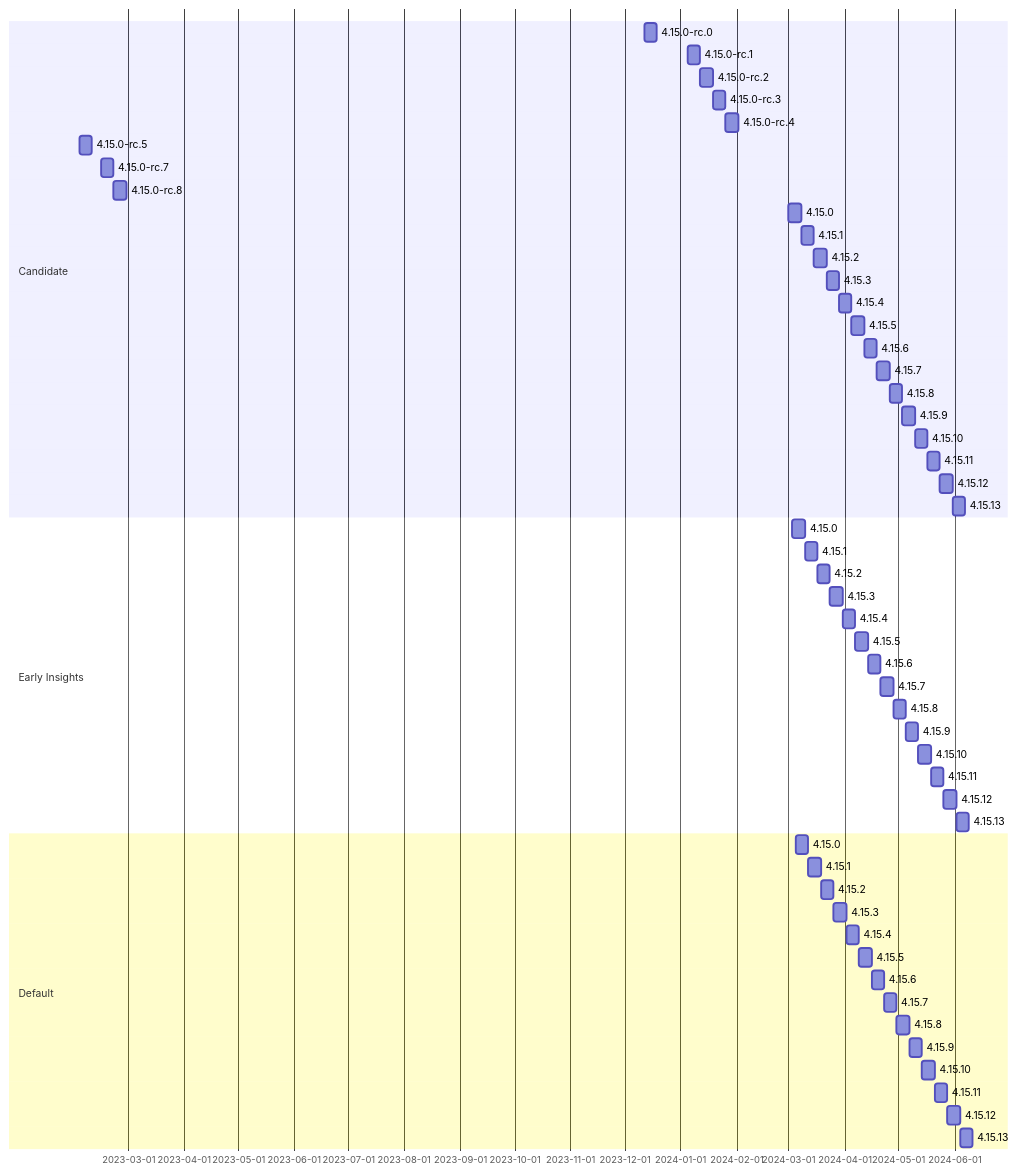
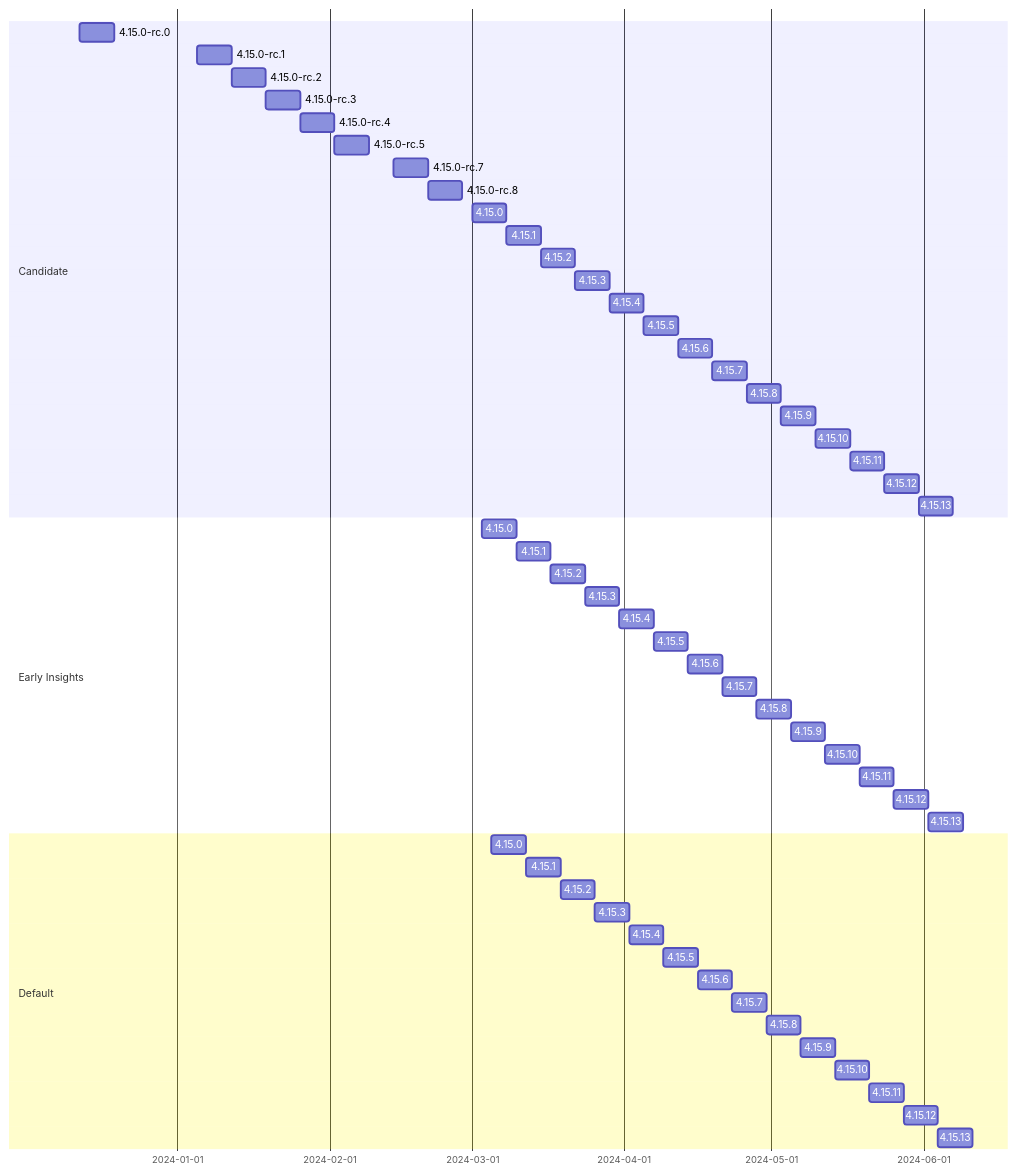
One commit to sdodson/cincinnati-graph-data changed the first of 3 diagrams in policies.md. Above: the diagram before and after it, drawn with Mermaid.

````diff
--- a/policies.md
+++ b/policies.md
@@ -6,57 +6,57 @@
 ```mermaid
 gantt
     dateFormat  YYYY-MM-DD
     section Candidate
     4.15.0-rc.0 :c415rc0, 2023-12-12, 7d
     4.15.0-rc.1 :c415rc1, 2024-01-05, 7d
     4.15.0-rc.2 :c415rc2, 2024-01-12, 7d
     4.15.0-rc.3 :c415rc3, 2024-01-19, 7d
     4.15.0-rc.4 :c415rc4, 2024-01-26, 7d
-    4.15.0-rc.5 :c415rc5, 2023-02-02, 7d
-    4.15.0-rc.7 :c415rc7, 2023-02-14, 7d
-    4.15.0-rc.8 :c415rc8, 2023-02-21, 7d
+    4.15.0-rc.5 :c415rc5, 2024-02-02, 7d
+    4.15.0-rc.7 :c415rc7, 2024-02-14, 7d
+    4.15.0-rc.8 :c415rc8, 2024-02-21, 7d
     4.15.0  :c41500, 2024-03-01,7d
     4.15.1  :c41501, after c41500, 7d
     4.15.2  :c41502, after c41501, 7d
     4.15.3  :c41503, after c41502, 7d
     4.15.4  :c41504, after c41503, 7d
     4.15.5  :c41505, after c41504, 7d
     4.15.6  :c41506, after c41505, 7d
     4.15.7  :c41507, after c41506, 7d
     4.15.8  :c41508, after c41507, 7d
     4.15.9  :c41509, after c41508, 7d
     4.15.10 :c41510, after c41509, 7d
     4.15.11 :c41511, after c41510, 7d
     4.15.12 :c41512, after c41511, 7d
     4.15.13 :c41513, after c41512, 7d
     section Early Insights
     4.15.0  :ea41500, 2024-03-03,7d
     4.15.1  :ea41501, after ea41500, 7d
     4.15.2  :ea41502, after ea41501, 7d
     4.15.3  :ea41503, after ea41502, 7d
     4.15.4  :ea41504, after ea41503, 7d
     4.15.5  :ea41505, after ea41504, 7d
     4.15.6  :ea41506, after ea41505, 7d
     4.15.7  :ea41507, after ea41506, 7d
     4.15.8  :ea41508, after ea41507, 7d
     4.15.9  :ea41509, after ea41508, 7d
     4.15.10 :ea41510, after ea41509, 7d
     4.15.11 :ea41511, after ea41510, 7d
     4.15.12 :ea41512, after ea41511, 7d
     4.15.13 :ea41513, after ea41512, 7d
     Section Default
     4.15.0  :d41500, 2024-03-05,7d
     4.15.1  :d41501, after d41500, 7d
     4.15.2  :d41502, after d41501, 7d
     4.15.3  :d41503, after d41502, 7d
     4.15.4  :d41504, after d41503, 7d
     4.15.5  :d41505, after d41504, 7d
     4.15.6  :d41506, after d41505, 7d
     4.15.7  :d41507, after d41506, 7d
     4.15.8  :d41508, after d41507, 7d
     4.15.9  :d41509, after d41508, 7d
     4.15.10 :d41510, after d41509, 7d
     4.15.11 :d41511, after d41510, 7d
     4.15.12 :d41512, after d41511, 7d
     4.15.13 :d41513, after d41512, 7d
 ```
````
